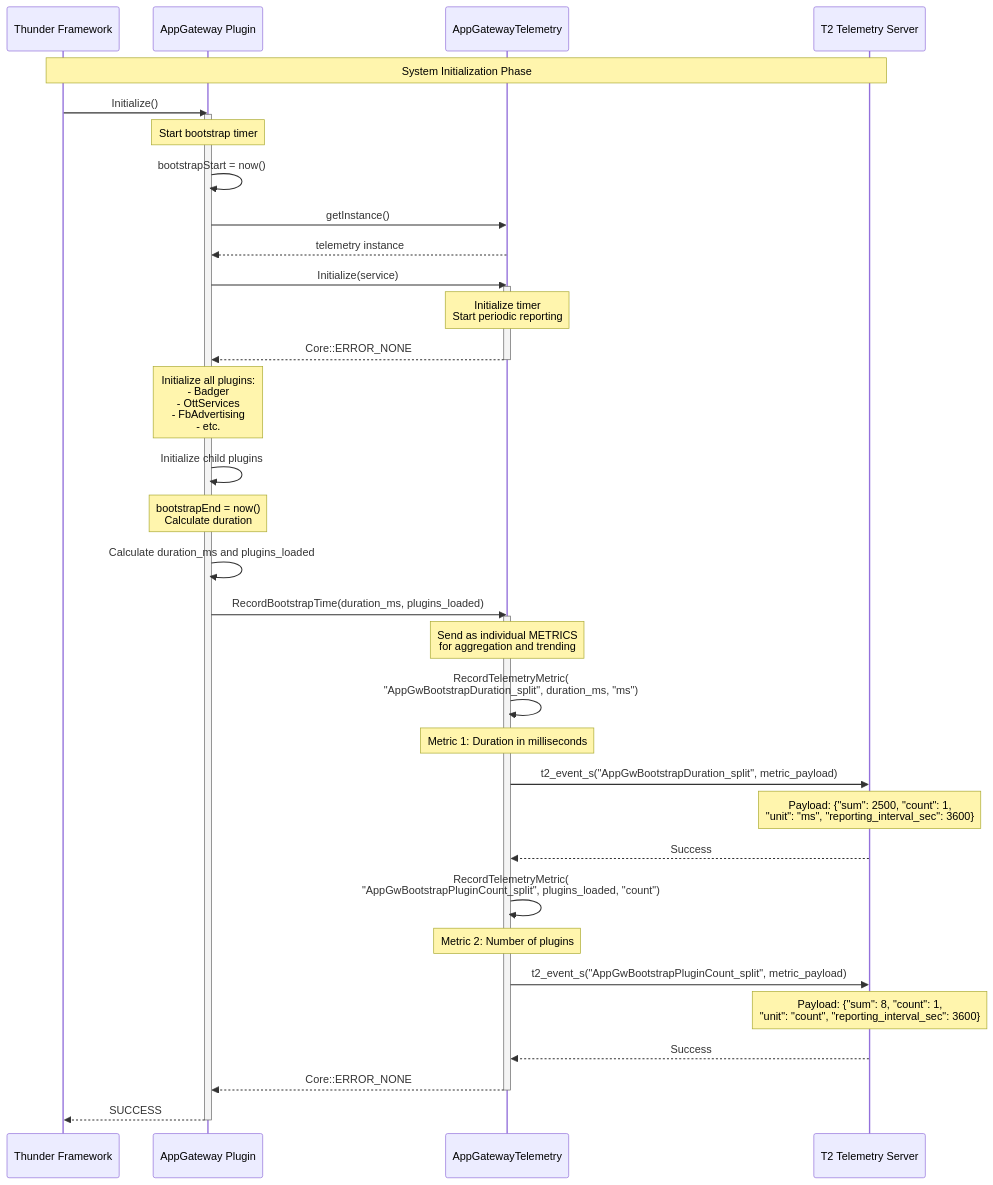
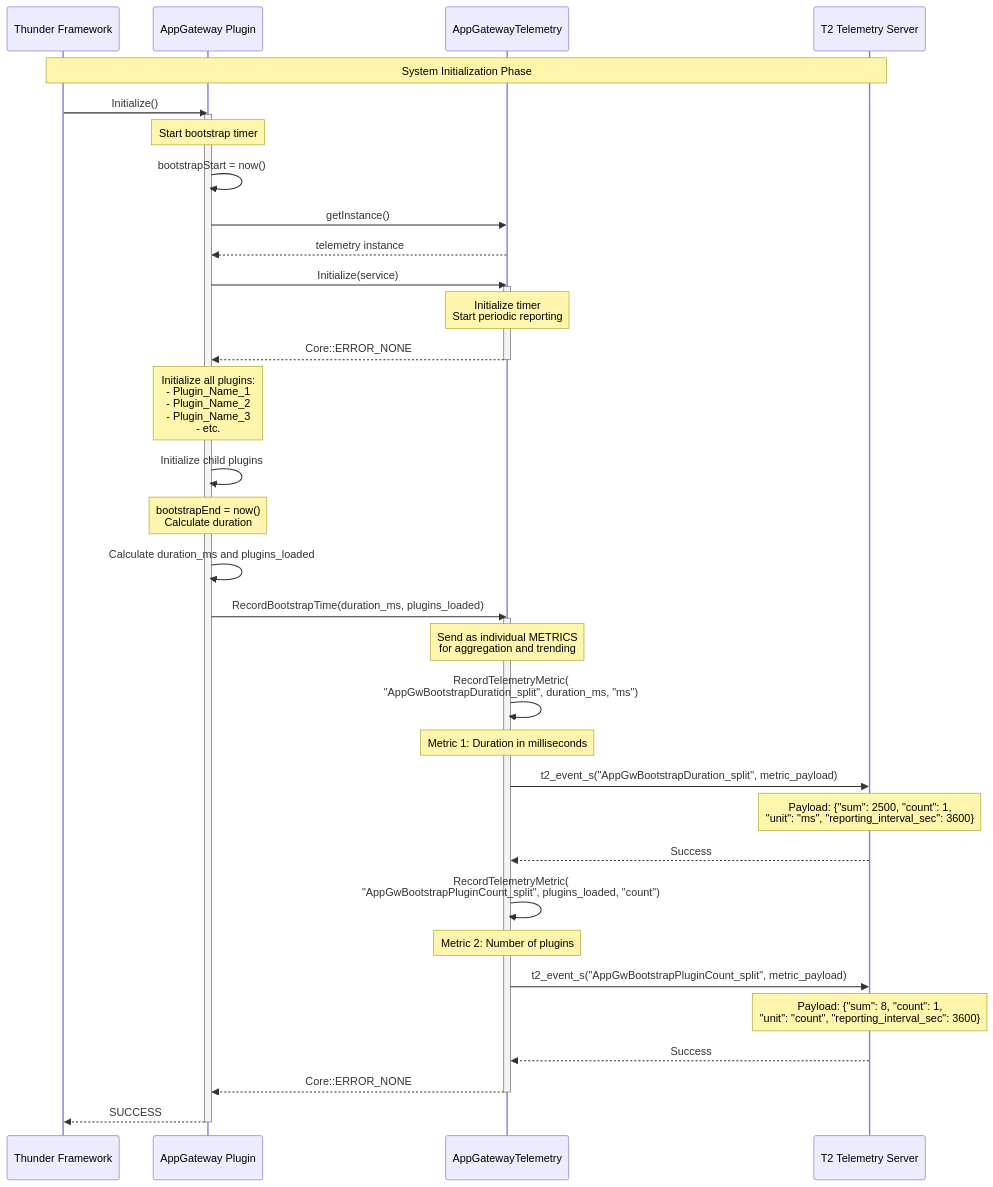
The diagram in AppGateway/docs/sequence-diagrams/01_Bootstrap_Time_Tracking.md (rdkcentral/entservices-appgateway), drawn with Mermaid before and after one commit. The commit also changed other lines of this file and 12 other files, not shown here.

````diff
--- a/AppGateway/docs/sequence-diagrams/01_Bootstrap_Time_Tracking.md
+++ b/AppGateway/docs/sequence-diagrams/01_Bootstrap_Time_Tracking.md
@@ -9,56 +9,56 @@
 ```mermaid
 sequenceDiagram
     participant Thunder as Thunder Framework
     participant AppGw as AppGateway Plugin
     participant Telemetry as AppGatewayTelemetry
     participant T2 as T2 Telemetry Server
     
     Note over Thunder,T2: System Initialization Phase
     
     Thunder->>AppGw: Initialize()
     activate AppGw
     
     Note over AppGw: Start bootstrap timer
     AppGw->>AppGw: bootstrapStart = now()
     
     AppGw->>Telemetry: getInstance()
     Telemetry-->>AppGw: telemetry instance
     
     AppGw->>Telemetry: Initialize(service)
     activate Telemetry
     Note over Telemetry: Initialize timer<br/>Start periodic reporting
     Telemetry-->>AppGw: Core::ERROR_NONE
     deactivate Telemetry
     
-    Note over AppGw: Initialize all plugins:<br/>- Badger<br/>- OttServices<br/>- FbAdvertising<br/>- etc.
+    Note over AppGw: Initialize all plugins:<br/>- Plugin_Name_1<br/>- Plugin_Name_2<br/>- Plugin_Name_3<br/>- etc.
     
     AppGw->>AppGw: Initialize child plugins
     Note over AppGw: bootstrapEnd = now()<br/>Calculate duration
     
     AppGw->>AppGw: Calculate duration_ms and plugins_loaded
     
     AppGw->>Telemetry: RecordBootstrapTime(duration_ms, plugins_loaded)
     activate Telemetry
     
     Note over Telemetry: Send as individual METRICS<br/>for aggregation and trending
     
     Telemetry->>Telemetry: RecordTelemetryMetric(<br/>"AppGwBootstrapDuration_split", duration_ms, "ms")
     Note over Telemetry: Metric 1: Duration in milliseconds
     
     Telemetry->>T2: t2_event_s("AppGwBootstrapDuration_split", metric_payload)
     Note over T2: Payload: {"sum": 2500, "count": 1,<br/>"unit": "ms", "reporting_interval_sec": 3600}
     T2-->>Telemetry: Success
     
     Telemetry->>Telemetry: RecordTelemetryMetric(<br/>"AppGwBootstrapPluginCount_split", plugins_loaded, "count")
     Note over Telemetry: Metric 2: Number of plugins
     
     Telemetry->>T2: t2_event_s("AppGwBootstrapPluginCount_split", metric_payload)
     Note over T2: Payload: {"sum": 8, "count": 1,<br/>"unit": "count", "reporting_interval_sec": 3600}
     T2-->>Telemetry: Success
     
     Telemetry-->>AppGw: Core::ERROR_NONE
     deactivate Telemetry
     
     AppGw-->>Thunder: SUCCESS
     deactivate AppGw
 ```
````
